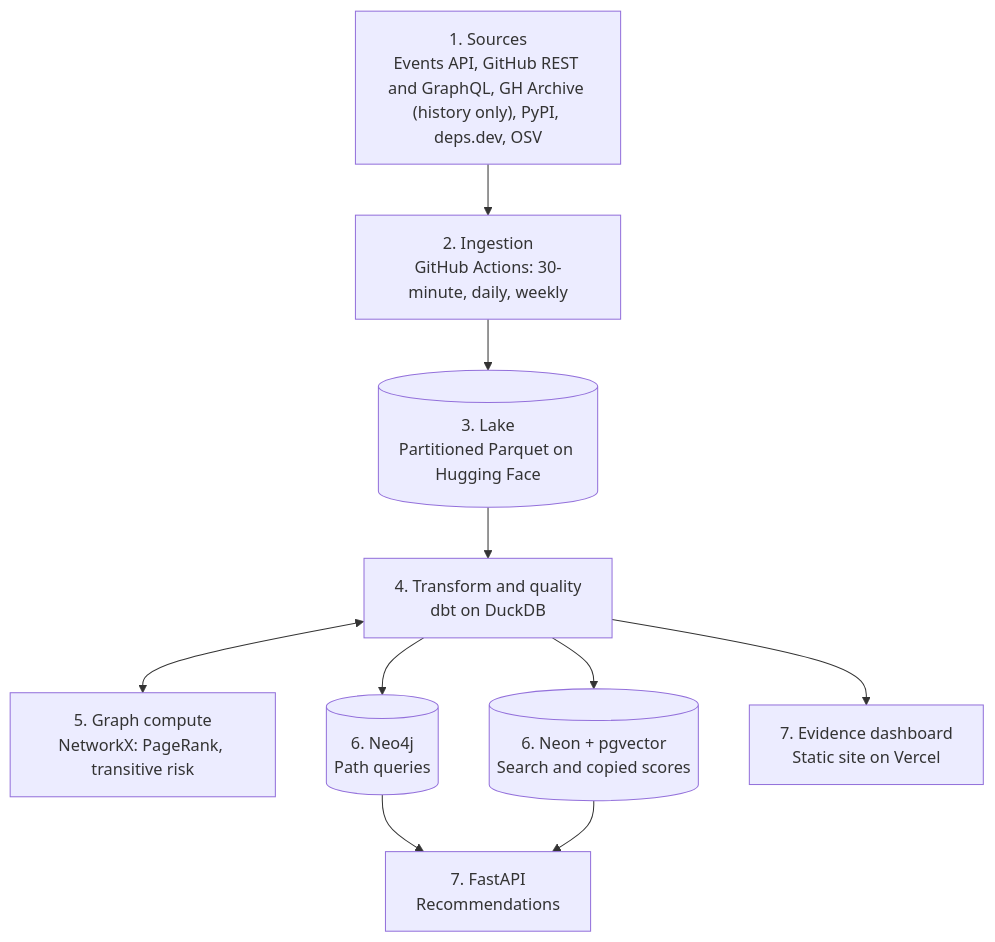
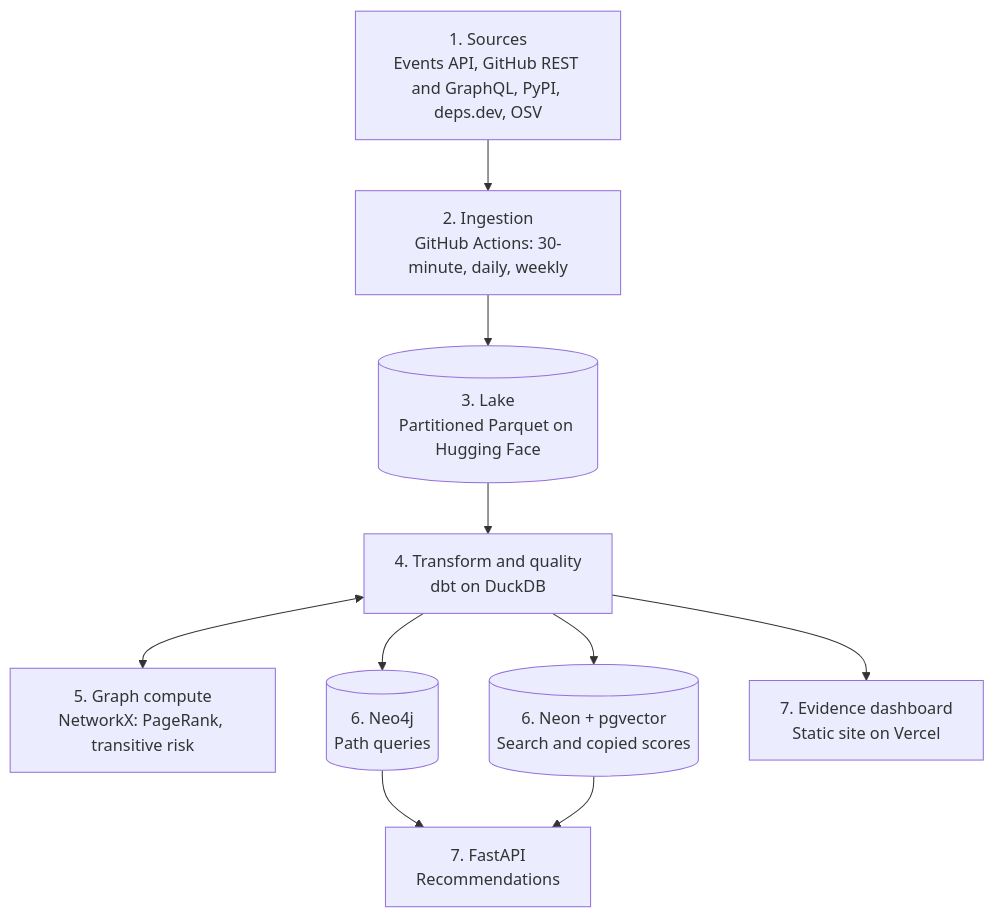
The diagram in PLAN.md (dhatrineerja/faultline-oss), drawn with Mermaid before and after one commit. The commit also changed other lines of this file and 12 other files, not shown here.

Commit message:
Drop GH Archive: Stage 6 backtest uses GraphQL history; remove archive code; add history-cost and historical-downloads open items

````diff
--- a/PLAN.md
+++ b/PLAN.md
@@ -193,20 +193,20 @@
 ```mermaid
 flowchart TD
-    S["1. Sources<br/>Events API, GitHub REST and GraphQL, GH Archive (history only), PyPI, deps.dev, OSV"]
+    S["1. Sources<br/>Events API, GitHub REST and GraphQL, PyPI, deps.dev, OSV"]
     I["2. Ingestion<br/>GitHub Actions: 30-minute, daily, weekly"]
     L[("3. Lake<br/>Partitioned Parquet on Hugging Face")]
     T["4. Transform and quality<br/>dbt on DuckDB"]
     G["5. Graph compute<br/>NetworkX: PageRank, transitive risk"]
     N[("6. Neo4j<br/>Path queries")]
     P[("6. Neon + pgvector<br/>Search and copied scores")]
     A["7. FastAPI<br/>Recommendations"]
     D["7. Evidence dashboard<br/>Static site on Vercel"]
 
     S --> I --> L --> T
     T <--> G
     T --> N
     T --> P
     T --> D
     N --> A
     P --> A
 ```
````
